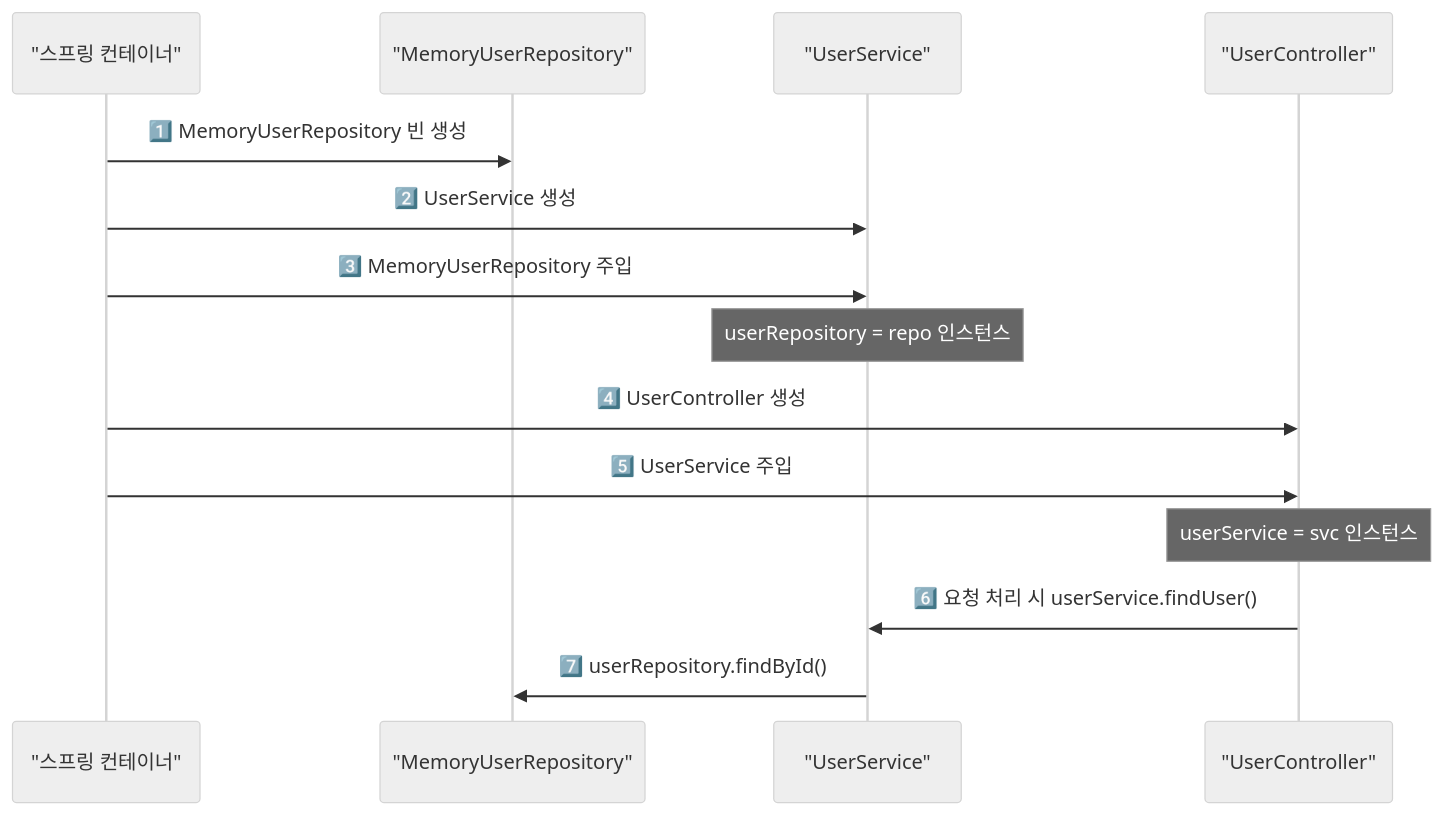
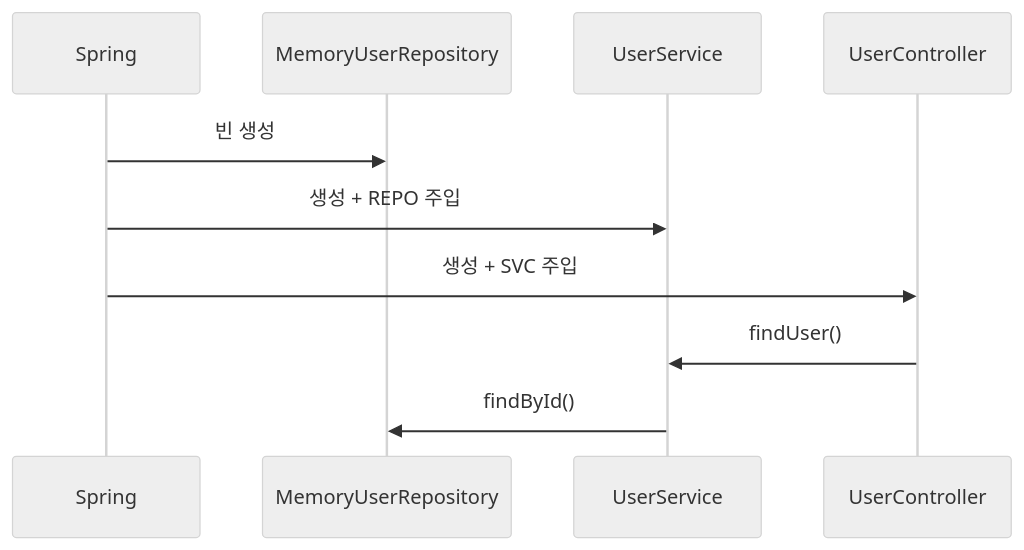
One commit to yjkim2015/yjkim2015.github.io changed the fifth of 5 diagrams in _posts/spring/2022-06-16-의존관계 주입(DI).md. Above: the diagram before and after it, drawn with Mermaid (neutral theme). The commit also changed other lines of this file and 215 other files, not shown here.

First line of the commit message:
신규 포스트 10개 추가 + Mermaid 전면 축소 + SystemDesign 시리즈 보강

````diff
--- a/_posts/spring/2022-06-16-의존관계 주입(DI).md
+++ b/_posts/spring/2022-06-16-의존관계 주입(DI).md
@@ -205,17 +191,12 @@
 ```mermaid
 sequenceDiagram
-    participant SPRING as "스프링 컨테이너"
-    participant REPO as "MemoryUserRepository"
-    participant SVC as "UserService"
-    participant CTRL as "UserController"
-
-    SPRING->>REPO: 1️⃣ MemoryUserRepository 빈 생성
-    SPRING->>SVC: 2️⃣ UserService 생성
-    SPRING->>SVC: 3️⃣ MemoryUserRepository 주입
-    Note over SVC: userRepository = repo 인스턴스
-    SPRING->>CTRL: 4️⃣ UserController 생성
-    SPRING->>CTRL: 5️⃣ UserService 주입
-    Note over CTRL: userService = svc 인스턴스
-    CTRL->>SVC: 6️⃣ 요청 처리 시 userService.findUser()
-    SVC->>REPO: 7️⃣ userRepository.findById()
+    participant SP as Spring
+    participant REPO as MemoryUserRepository
+    participant SVC as UserService
+    participant CTRL as UserController
+    SP->>REPO: 빈 생성
+    SP->>SVC: 생성 + REPO 주입
+    SP->>CTRL: 생성 + SVC 주입
+    CTRL->>SVC: findUser()
+    SVC->>REPO: findById()
 ```
````
